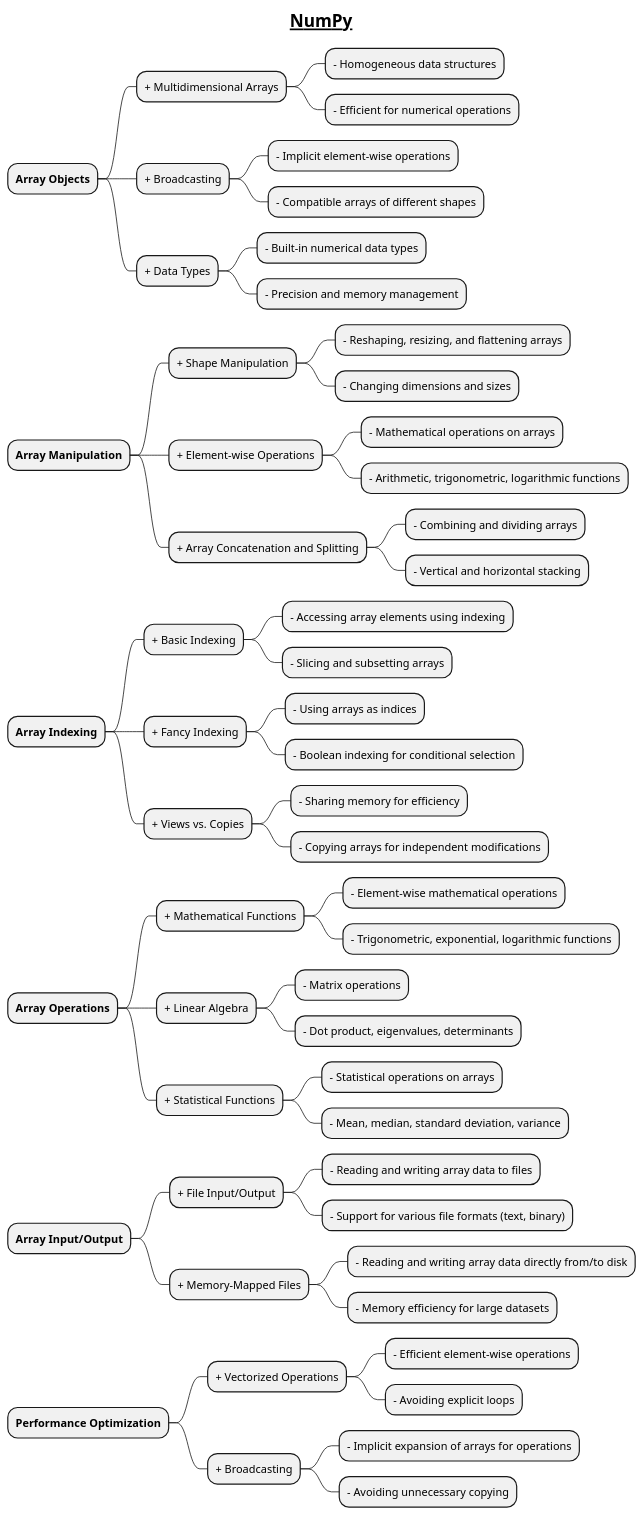
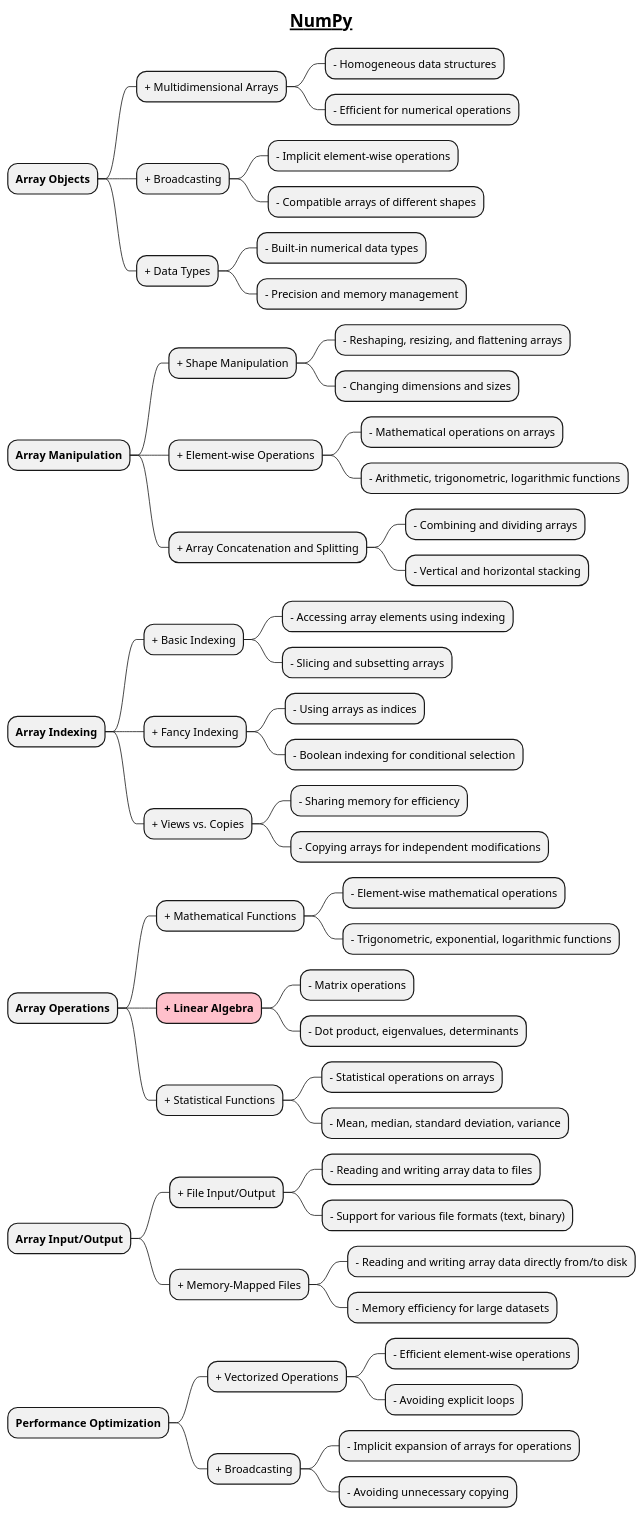
One commit to MehmoodHashmi/Documentation-as-Code-DaC changed the diagram in docs/AI-ML- DL-Data-Science-and-BigData/data-science-with-python/1-data-manipulation-libraries/2-NumPy.puml. Above: the diagram before and after it, drawn with PlantUML.

Commit message:
added new mindmaps

```diff
--- a/docs/AI-ML- DL-Data-Science-and-BigData/data-science-with-python/1-data-manipulation-libraries/2-NumPy.puml
+++ b/docs/AI-ML- DL-Data-Science-and-BigData/data-science-with-python/1-data-manipulation-libraries/2-NumPy.puml
@@ -1,65 +1,65 @@
 @startmindmap
 
 title =__ NumPy __
 
 * **Array Objects**
 ** + Multidimensional Arrays
 *** - Homogeneous data structures
 *** - Efficient for numerical operations
 ** + Broadcasting
 *** - Implicit element-wise operations
 *** - Compatible arrays of different shapes
 ** + Data Types
 *** - Built-in numerical data types
 *** - Precision and memory management
 
 * **Array Manipulation**
 ** + Shape Manipulation
 *** - Reshaping, resizing, and flattening arrays
 *** - Changing dimensions and sizes
 ** + Element-wise Operations
 *** - Mathematical operations on arrays
 *** - Arithmetic, trigonometric, logarithmic functions
 ** + Array Concatenation and Splitting
 *** - Combining and dividing arrays
 *** - Vertical and horizontal stacking
 
 * **Array Indexing**
 ** + Basic Indexing
 *** - Accessing array elements using indexing
 *** - Slicing and subsetting arrays
 ** + Fancy Indexing
 *** - Using arrays as indices
 *** - Boolean indexing for conditional selection
 ** + Views vs. Copies
 *** - Sharing memory for efficiency
 *** - Copying arrays for independent modifications
 
 * **Array Operations**
 ** + Mathematical Functions
 *** - Element-wise mathematical operations
 *** - Trigonometric, exponential, logarithmic functions
-** + Linear Algebra
+**[#pink] **+ Linear Algebra**
 *** - Matrix operations
 *** - Dot product, eigenvalues, determinants
 ** + Statistical Functions
 *** - Statistical operations on arrays
 *** - Mean, median, standard deviation, variance
 
 * **Array Input/Output**
 ** + File Input/Output
 *** - Reading and writing array data to files
 *** - Support for various file formats (text, binary)
 ** + Memory-Mapped Files
 *** - Reading and writing array data directly from/to disk
 *** - Memory efficiency for large datasets
 
 * **Performance Optimization**
 ** + Vectorized Operations
 *** - Efficient element-wise operations
 *** - Avoiding explicit loops
 ** + Broadcasting
 *** - Implicit expansion of arrays for operations
 *** - Avoiding unnecessary copying
 
 @endmindmap
```
